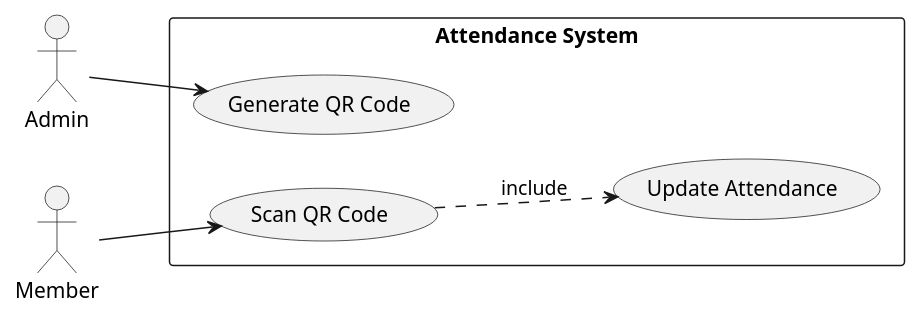
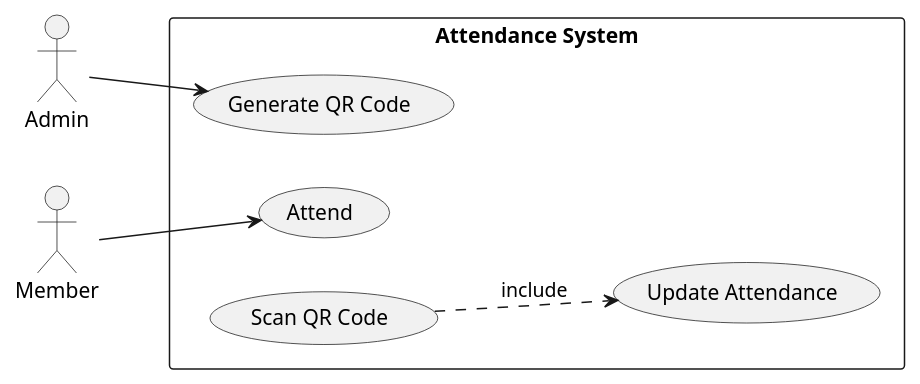
One commit to fwidjaya20/fazzlearning-uml changed the diagram in UseCase/Release05/AttendanceSubSystem.wsd. Above: the diagram before and after it, drawn with PlantUML. The commit also changed 1 other file, not shown here.

```diff
--- a/UseCase/Release05/AttendanceSubSystem.wsd
+++ b/UseCase/Release05/AttendanceSubSystem.wsd
@@ -1,19 +1,19 @@
 @startuml AttendanceSubSystem
 
 left to right direction
 
 skinparam Monochrome true
 skinparam Shadowing false
 skinparam packageStyle rectangle
 
 actor Admin
 actor Member
 
 rectangle "Attendance System" {
     Admin --> (Generate QR Code)
-    Member --> (Scan QR Code)
+    Member --> (Attend)
 
     (Scan QR Code) ..> (Update Attendance) : include
 }
 
 @enduml
```
